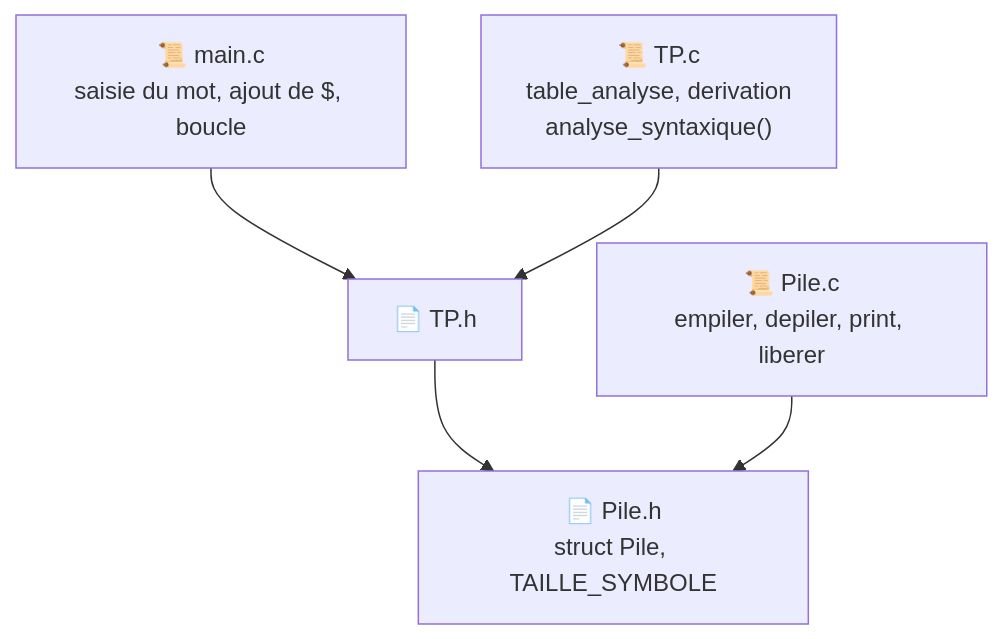
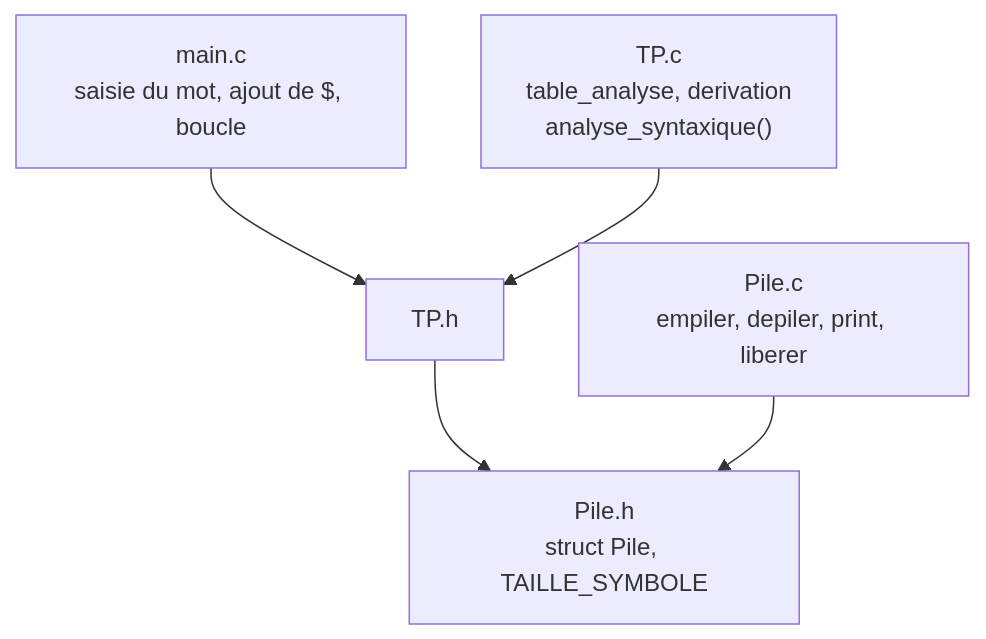
The sixth of 7 diagrams in README.md (Youssef-YBM/T5-COMPILATION-Syntaxique), drawn with Mermaid before and after one commit. The commit also changed other lines of this file, not shown here.

````diff
--- a/README.md
+++ b/README.md
@@ -673,7 +673,7 @@
 ```mermaid
 flowchart TB
-    main["📜 main.c<br/>saisie du mot, ajout de $, boucle"] --> TPh["📄 TP.h"]
-    TPc["📜 TP.c<br/>table_analyse, derivation<br/>analyse_syntaxique()"] --> TPh
-    TPh --> Pileh["📄 Pile.h<br/>struct Pile, TAILLE_SYMBOLE"]
-    Pilec["📜 Pile.c<br/>empiler, depiler, print, liberer"] --> Pileh
+    main[" main.c<br/>saisie du mot, ajout de $, boucle"] --> TPh[" TP.h"]
+    TPc[" TP.c<br/>table_analyse, derivation<br/>analyse_syntaxique()"] --> TPh
+    TPh --> Pileh[" Pile.h<br/>struct Pile, TAILLE_SYMBOLE"]
+    Pilec[" Pile.c<br/>empiler, depiler, print, liberer"] --> Pileh
 ```
````
